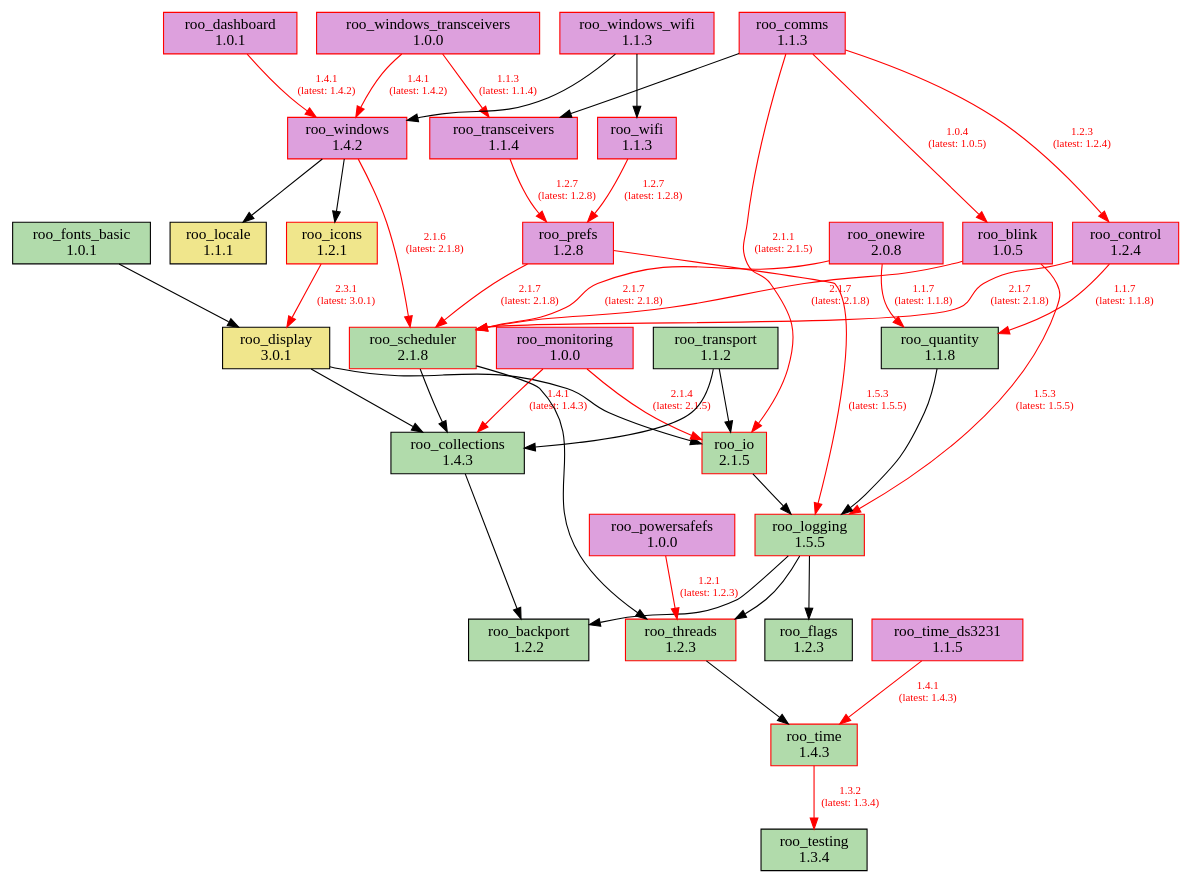
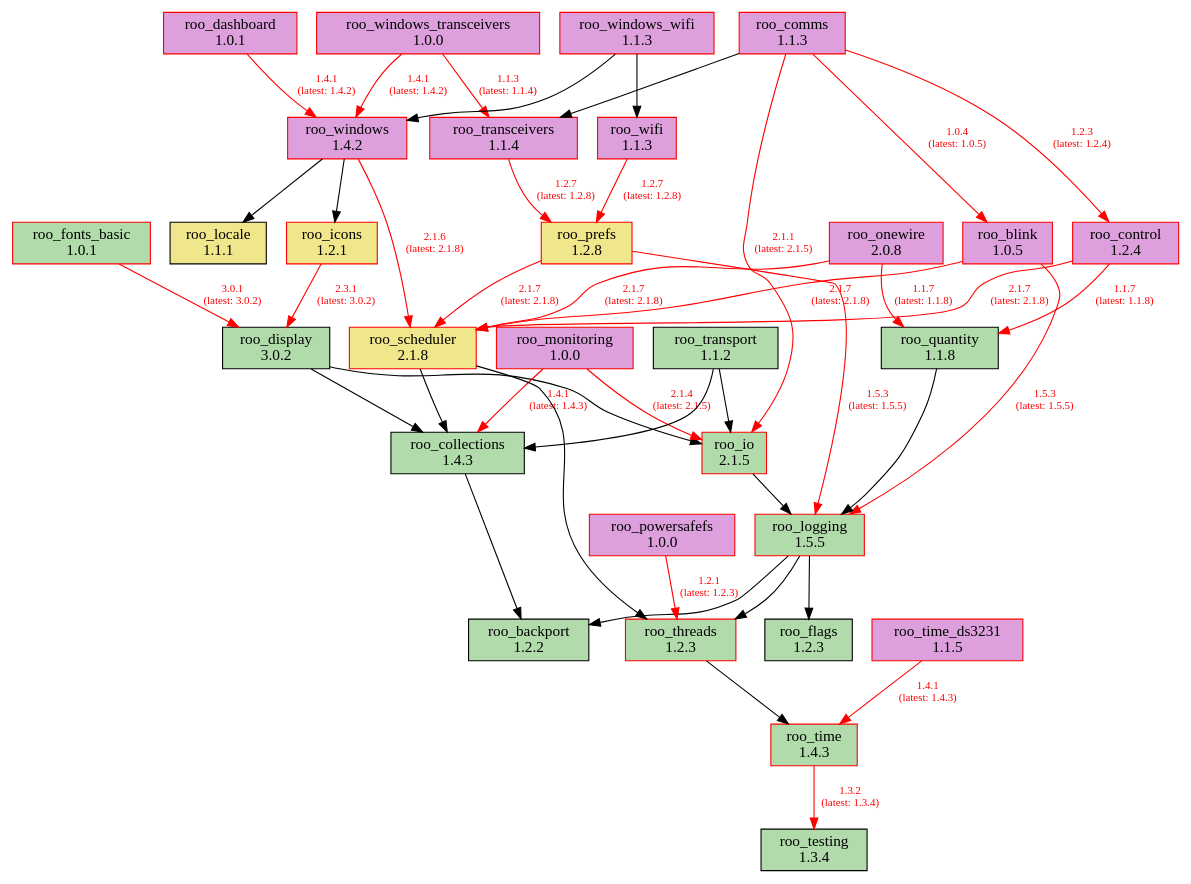
The diagram in doc/dependencies.dot (dejwk/roo-registry), drawn with Graphviz before and after one commit. The commit also changed 3 other files, not shown here.

Commit message:
Added roo_display 3.0.2 to the registry.

```diff
--- a/doc/dependencies.dot
+++ b/doc/dependencies.dot
@@ -1,80 +1,80 @@
 digraph dependencies {
     rankdir=TB;
     node [shape=box, style=filled];
     edge [fontsize=10];
 
     // Modules
     "roo_backport" [label="roo_backport\n1.2.2", fillcolor="#b1dbab", color="black"];
     "roo_blink" [label="roo_blink\n1.0.5", fillcolor="plum", color="red"];
     "roo_collections" [label="roo_collections\n1.4.3", fillcolor="#b1dbab", color="black"];
     "roo_comms" [label="roo_comms\n1.1.3", fillcolor="plum", color="red"];
     "roo_control" [label="roo_control\n1.2.4", fillcolor="plum", color="red"];
     "roo_dashboard" [label="roo_dashboard\n1.0.1", fillcolor="plum", color="red"];
-    "roo_display" [label="roo_display\n3.0.1", fillcolor="khaki", color="black"];
+    "roo_display" [label="roo_display\n3.0.2", fillcolor="#b1dbab", color="black"];
     "roo_flags" [label="roo_flags\n1.2.3", fillcolor="#b1dbab", color="black"];
-    "roo_fonts_basic" [label="roo_fonts_basic\n1.0.1", fillcolor="#b1dbab", color="black"];
+    "roo_fonts_basic" [label="roo_fonts_basic\n1.0.1", fillcolor="#b1dbab", color="red"];
     "roo_icons" [label="roo_icons\n1.2.1", fillcolor="khaki", color="red"];
     "roo_io" [label="roo_io\n2.1.5", fillcolor="#b1dbab", color="red"];
     "roo_locale" [label="roo_locale\n1.1.1", fillcolor="khaki", color="black"];
     "roo_logging" [label="roo_logging\n1.5.5", fillcolor="#b1dbab", color="red"];
     "roo_monitoring" [label="roo_monitoring\n1.0.0", fillcolor="plum", color="red"];
     "roo_onewire" [label="roo_onewire\n2.0.8", fillcolor="plum", color="red"];
     "roo_powersafefs" [label="roo_powersafefs\n1.0.0", fillcolor="plum", color="red"];
-    "roo_prefs" [label="roo_prefs\n1.2.8", fillcolor="plum", color="red"];
+    "roo_prefs" [label="roo_prefs\n1.2.8", fillcolor="khaki", color="red"];
     "roo_quantity" [label="roo_quantity\n1.1.8", fillcolor="#b1dbab", color="black"];
-    "roo_scheduler" [label="roo_scheduler\n2.1.8", fillcolor="#b1dbab", color="red"];
+    "roo_scheduler" [label="roo_scheduler\n2.1.8", fillcolor="khaki", color="red"];
     "roo_testing" [label="roo_testing\n1.3.4", fillcolor="#b1dbab", color="black"];
     "roo_threads" [label="roo_threads\n1.2.3", fillcolor="#b1dbab", color="red"];
     "roo_time" [label="roo_time\n1.4.3", fillcolor="#b1dbab", color="red"];
     "roo_time_ds3231" [label="roo_time_ds3231\n1.1.5", fillcolor="plum", color="red"];
     "roo_transceivers" [label="roo_transceivers\n1.1.4", fillcolor="plum", color="red"];
     "roo_transport" [label="roo_transport\n1.1.2", fillcolor="#b1dbab", color="black"];
     "roo_wifi" [label="roo_wifi\n1.1.3", fillcolor="plum", color="red"];
     "roo_windows" [label="roo_windows\n1.4.2", fillcolor="plum", color="red"];
     "roo_windows_transceivers" [label="roo_windows_transceivers\n1.0.0", fillcolor="plum", color="red"];
     "roo_windows_wifi" [label="roo_windows_wifi\n1.1.3", fillcolor="plum", color="red"];
 
     // Dependencies
     "roo_blink" -> "roo_logging" [color=red, fontcolor=red, label="1.5.3\n(latest: 1.5.5)"];
     "roo_blink" -> "roo_scheduler" [color=red, fontcolor=red, label="2.1.7\n(latest: 2.1.8)"];
     "roo_collections" -> "roo_backport";
     "roo_comms" -> "roo_blink" [color=red, fontcolor=red, label="1.0.4\n(latest: 1.0.5)"];
     "roo_comms" -> "roo_control" [color=red, fontcolor=red, label="1.2.3\n(latest: 1.2.4)"];
     "roo_comms" -> "roo_io" [color=red, fontcolor=red, label="2.1.1\n(latest: 2.1.5)"];
     "roo_comms" -> "roo_transceivers";
     "roo_control" -> "roo_quantity" [color=red, fontcolor=red, label="1.1.7\n(latest: 1.1.8)"];
     "roo_control" -> "roo_scheduler" [color=red, fontcolor=red, label="2.1.7\n(latest: 2.1.8)"];
     "roo_dashboard" -> "roo_windows" [color=red, fontcolor=red, label="1.4.1\n(latest: 1.4.2)"];
     "roo_display" -> "roo_collections";
     "roo_display" -> "roo_io";
-    "roo_fonts_basic" -> "roo_display";
-    "roo_icons" -> "roo_display" [color=red, fontcolor=red, label="2.3.1\n(latest: 3.0.1)"];
+    "roo_fonts_basic" -> "roo_display" [color=red, fontcolor=red, label="3.0.1\n(latest: 3.0.2)"];
+    "roo_icons" -> "roo_display" [color=red, fontcolor=red, label="2.3.1\n(latest: 3.0.2)"];
     "roo_io" -> "roo_logging";
     "roo_logging" -> "roo_backport";
     "roo_logging" -> "roo_flags";
     "roo_logging" -> "roo_threads";
     "roo_monitoring" -> "roo_collections" [color=red, fontcolor=red, label="1.4.1\n(latest: 1.4.3)"];
     "roo_monitoring" -> "roo_io" [color=red, fontcolor=red, label="2.1.4\n(latest: 2.1.5)"];
     "roo_onewire" -> "roo_scheduler" [color=red, fontcolor=red, label="2.1.7\n(latest: 2.1.8)"];
     "roo_onewire" -> "roo_quantity" [color=red, fontcolor=red, label="1.1.7\n(latest: 1.1.8)"];
     "roo_powersafefs" -> "roo_threads" [color=red, fontcolor=red, label="1.2.1\n(latest: 1.2.3)"];
     "roo_prefs" -> "roo_logging" [color=red, fontcolor=red, label="1.5.3\n(latest: 1.5.5)"];
     "roo_prefs" -> "roo_scheduler" [color=red, fontcolor=red, label="2.1.7\n(latest: 2.1.8)"];
     "roo_quantity" -> "roo_logging";
     "roo_scheduler" -> "roo_collections";
     "roo_scheduler" -> "roo_threads";
     "roo_threads" -> "roo_time";
     "roo_time" -> "roo_testing" [color=red, fontcolor=red, label="1.3.2\n(latest: 1.3.4)"];
     "roo_time_ds3231" -> "roo_time" [color=red, fontcolor=red, label="1.4.1\n(latest: 1.4.3)"];
     "roo_transceivers" -> "roo_prefs" [color=red, fontcolor=red, label="1.2.7\n(latest: 1.2.8)"];
     "roo_transport" -> "roo_collections";
     "roo_transport" -> "roo_io";
     "roo_wifi" -> "roo_prefs" [color=red, fontcolor=red, label="1.2.7\n(latest: 1.2.8)"];
     "roo_windows" -> "roo_locale";
     "roo_windows" -> "roo_icons";
     "roo_windows" -> "roo_scheduler" [color=red, fontcolor=red, label="2.1.6\n(latest: 2.1.8)"];
     "roo_windows_transceivers" -> "roo_transceivers" [color=red, fontcolor=red, label="1.1.3\n(latest: 1.1.4)"];
     "roo_windows_transceivers" -> "roo_windows" [color=red, fontcolor=red, label="1.4.1\n(latest: 1.4.2)"];
     "roo_windows_wifi" -> "roo_wifi";
     "roo_windows_wifi" -> "roo_windows";
 }
```
